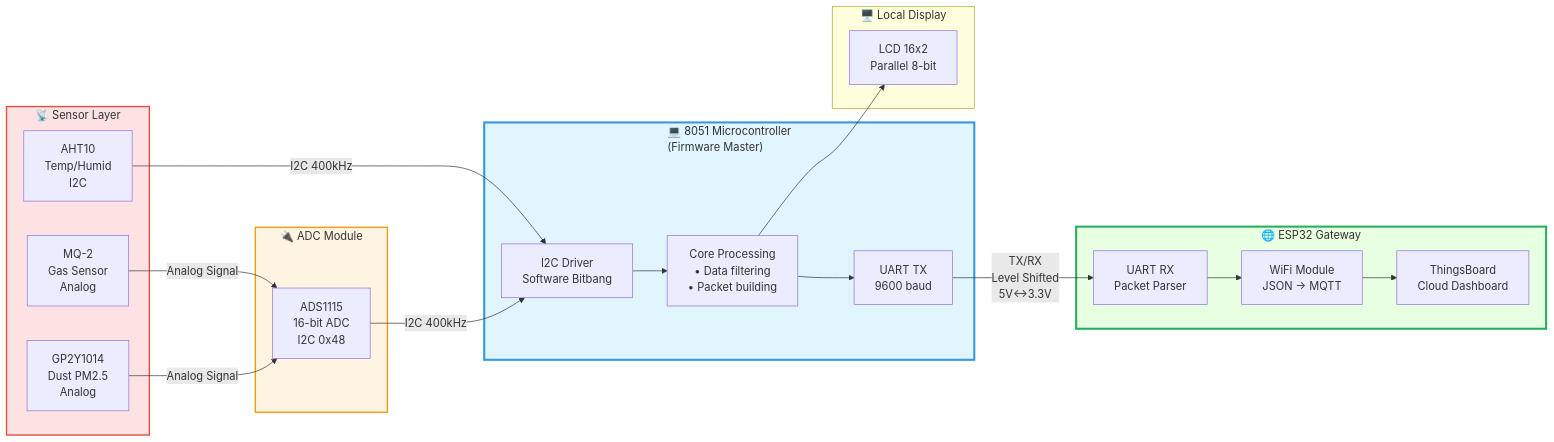
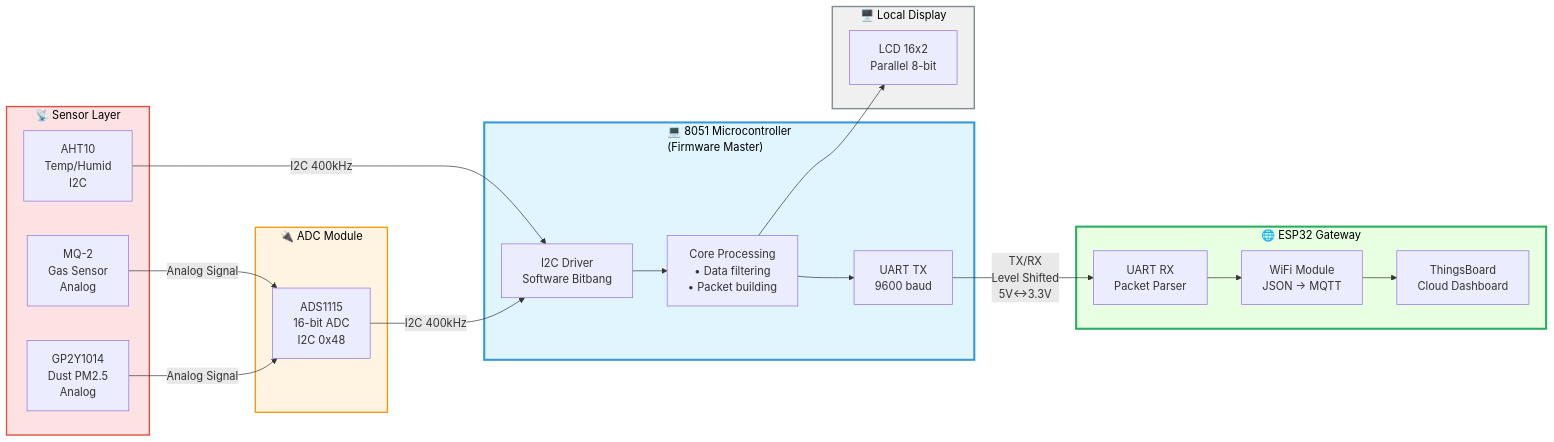
Before and after one commit to duytan1412/Air-Quality-8051: the diagram in README.md, drawn with Mermaid. The commit also changed other lines of this file, not shown here.

Commit message:
docs: Fix Mermaid colors and update LinkedIn link

````diff
--- a/README.md
+++ b/README.md
@@ -31,46 +31,47 @@
 ```mermaid
 flowchart LR
     subgraph Sensors["📡 Sensor Layer"]
         MQ2[MQ-2<br/>Gas Sensor<br/>Analog]
         DUST[GP2Y1014<br/>Dust PM2.5<br/>Analog]
         AHT[AHT10<br/>Temp/Humid<br/>I2C]
     end
     
     subgraph ADC["🔌 ADC Module"]
         ADS[ADS1115<br/>16-bit ADC<br/>I2C 0x48]
     end
     
     subgraph MCU["💻 8051 Microcontroller<br/>(Firmware Master)"]
         I2C_DRV[I2C Driver<br/>Software Bitbang]
         CORE[Core Processing<br/>• Data filtering<br/>• Packet building]
         UART_TX[UART TX<br/>9600 baud]
     end
     
     subgraph Display["🖥️ Local Display"]
         LCD[LCD 16x2<br/>Parallel 8-bit]
     end
     
     subgraph Gateway["🌐 ESP32 Gateway"]
         UART_RX[UART RX<br/>Packet Parser]
         WIFI[WiFi Module<br/>JSON → MQTT]
         CLOUD[ThingsBoard<br/>Cloud Dashboard]
     end
     
     MQ2 -->|Analog Signal| ADS
     DUST -->|Analog Signal| ADS
     AHT -->|I2C 400kHz| I2C_DRV
     ADS -->|I2C 400kHz| I2C_DRV
     
     I2C_DRV --> CORE
     CORE --> LCD
     CORE --> UART_TX
     
     UART_TX -->|TX/RX<br/>Level Shifted<br/>5V↔3.3V| UART_RX
     UART_RX --> WIFI
     WIFI --> CLOUD
     
-    style MCU fill:#e1f5ff,stroke:#3498db,stroke-width:3px
-    style Gateway fill:#e8ffe1,stroke:#27ae60,stroke-width:3px
-    style ADC fill:#fff4e1,stroke:#f39c12,stroke-width:2px
-    style Sensors fill:#fde2e4,stroke:#e74c3c,stroke-width:2px
+    style MCU fill:#e1f5ff,stroke:#3498db,stroke-width:3px,color:#000
+    style Gateway fill:#e8ffe1,stroke:#27ae60,stroke-width:3px,color:#000
+    style ADC fill:#fff4e1,stroke:#f39c12,stroke-width:2px,color:#000
+    style Sensors fill:#fde2e4,stroke:#e74c3c,stroke-width:2px,color:#000
+    style Display fill:#f0f0f0,stroke:#7f8c8d,stroke-width:2px,color:#000
 ```
````
